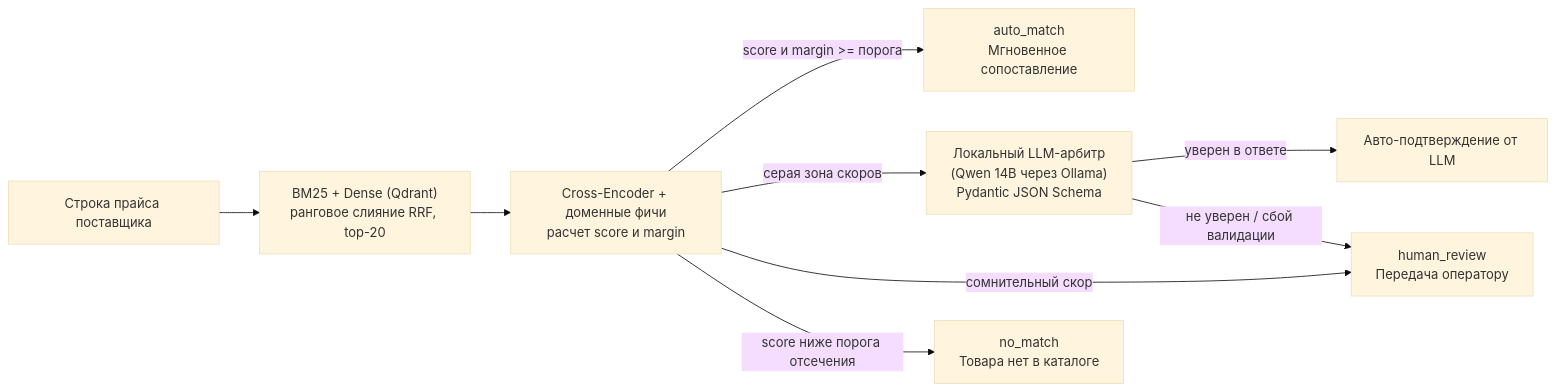
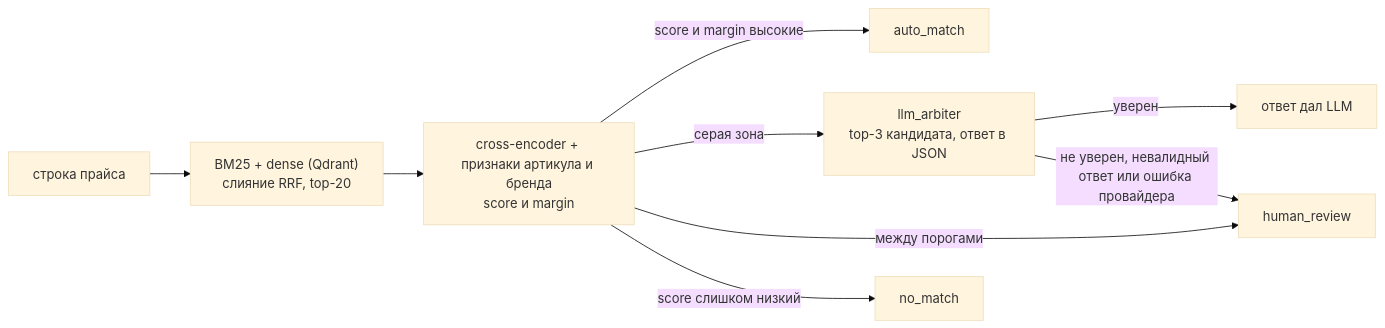
One commit to DelixeamI/entity-cascade changed the diagram in README.md. Above: the diagram before and after it, drawn with Mermaid (base theme). The commit also changed other lines of this file and 2 other files, not shown here.

````diff
--- a/README.md
+++ b/README.md
@@ -38,11 +43,11 @@
 ```mermaid
 flowchart LR
-    row["Строка прайса поставщика"] --> ret["BM25 + Dense (Qdrant)<br/>ранговое слияние RRF, top-20"]
-    ret --> rr["Cross-Encoder + доменные фичи<br/>расчет score и margin"]
-    rr -->|"score и margin >= порога"| auto[auto_match<br/>Мгновенное сопоставление]
-    rr -->|"серая зона скоров"| llm["Локальный LLM-арбитр<br/>(Qwen 14B через Ollama)<br/>Pydantic JSON Schema"]
-    rr -->|"сомнительный скор"| human[human_review<br/>Передача оператору]
-    rr -->|"score ниже порога отсечения"| none[no_match<br/>Товара нет в каталоге]
-    llm -->|"уверен в ответе"| done["Авто-подтверждение от LLM"]
-    llm -->|"не уверен / сбой валидации"| human
+    row["строка прайса"] --> ret["BM25 + dense (Qdrant)<br/>слияние RRF, top-20"]
+    ret --> rr["cross-encoder + признаки артикула и бренда<br/>score и margin"]
+    rr -->|"score и margin высокие"| auto[auto_match]
+    rr -->|"серая зона"| llm["llm_arbiter<br/>top-3 кандидата, ответ в JSON"]
+    rr -->|"между порогами"| human[human_review]
+    rr -->|"score слишком низкий"| none[no_match]
+    llm -->|"уверен"| done["ответ дал LLM"]
+    llm -->|"не уверен, невалидный ответ или ошибка провайдера"| human
 ```
````
